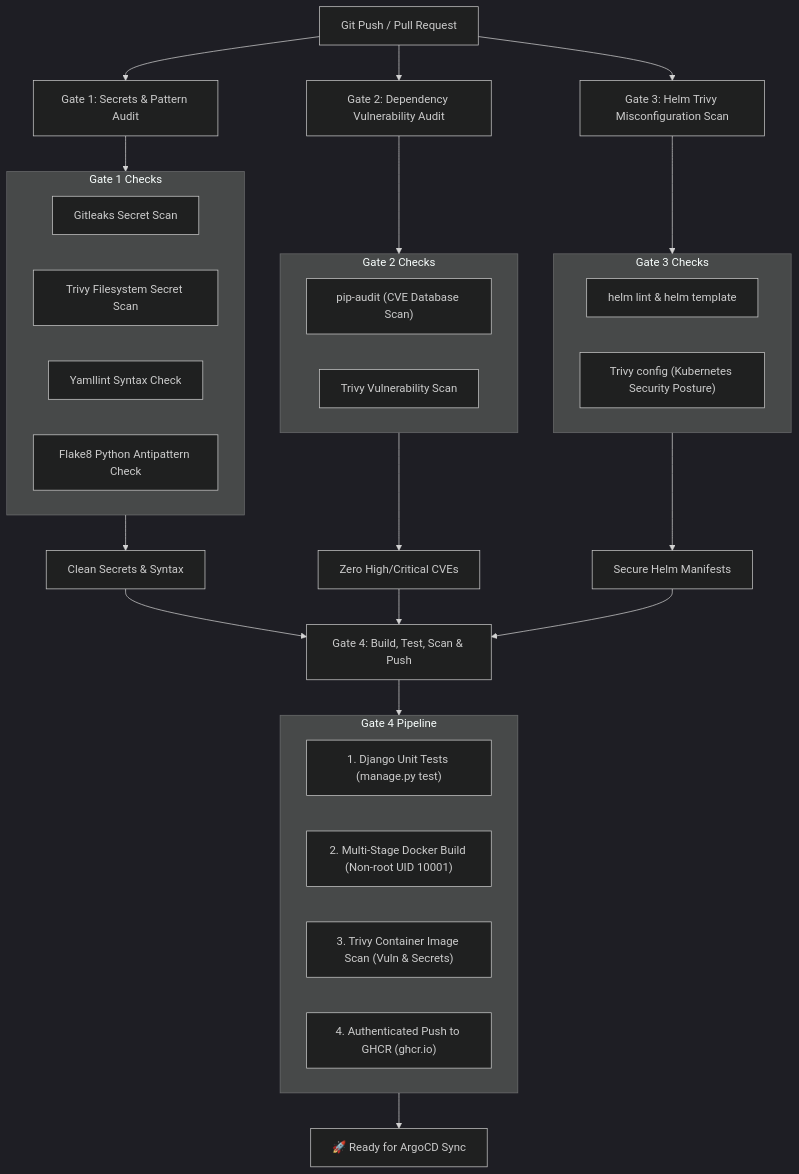
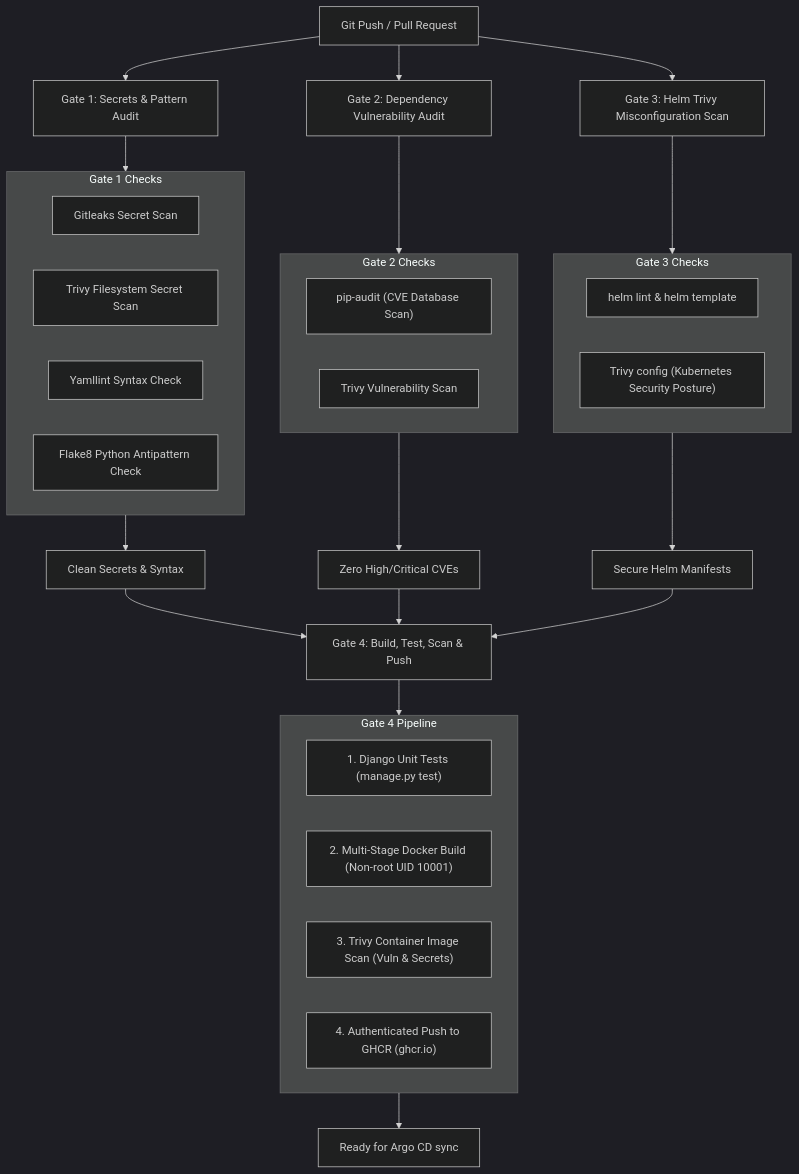
The fifth of 5 diagrams in README.md (abdelkderboukert/cloud-native-resilient-blueprint), drawn with Mermaid (dark theme) before and after one commit. The commit also changed other lines of this file and 21 other files, not shown here.

````diff
--- a/README.md
+++ b/README.md
@@ -246,38 +246,38 @@
 ```mermaid
 flowchart TD
     Commit["Git Push / Pull Request"] --> Gate1["Gate 1: Secrets & Pattern Audit"]
     Commit --> Gate2["Gate 2: Dependency Vulnerability Audit"]
     Commit --> Gate3["Gate 3: Helm Trivy Misconfiguration Scan"]
 
     subgraph Gate1_Details["Gate 1 Checks"]
         Gitleaks["Gitleaks Secret Scan"]
         TrivyFS["Trivy Filesystem Secret Scan"]
         Yamllint["Yamllint Syntax Check"]
         Flake8["Flake8 Python Antipattern Check"]
     end
 
     subgraph Gate2_Details["Gate 2 Checks"]
         PipAudit["pip-audit (CVE Database Scan)"]
         TrivyVuln["Trivy Vulnerability Scan"]
     end
 
     subgraph Gate3_Details["Gate 3 Checks"]
         HelmLint["helm lint & helm template"]
         TrivyConfig["Trivy config (Kubernetes Security Posture)"]
     end
 
     Gate1 --> Gate1_Details --> Pass1["Clean Secrets & Syntax"]
     Gate2 --> Gate2_Details --> Pass2["Zero High/Critical CVEs"]
     Gate3 --> Gate3_Details --> Pass3["Secure Helm Manifests"]
 
     Pass1 & Pass2 & Pass3 --> Gate4["Gate 4: Build, Test, Scan & Push"]
 
     subgraph Gate4_Details["Gate 4 Pipeline"]
         DjangoTest["1. Django Unit Tests (manage.py test)"]
         DockerBuild["2. Multi-Stage Docker Build (Non-root UID 10001)"]
         TrivyImage["3. Trivy Container Image Scan (Vuln & Secrets)"]
         PushGHCR["4. Authenticated Push to GHCR (ghcr.io)"]
     end
 
-    Gate4 --> Gate4_Details --> Release["🚀 Ready for ArgoCD Sync"]
+    Gate4 --> Gate4_Details --> Release["Ready for Argo CD sync"]
 ```
````
